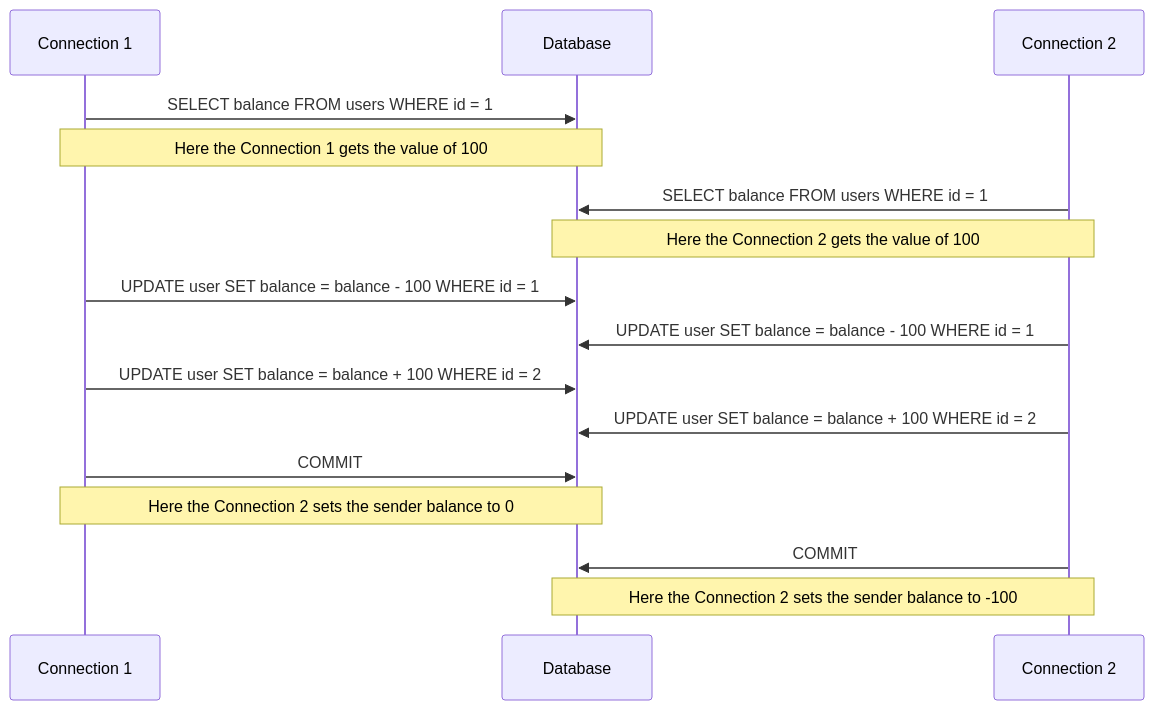
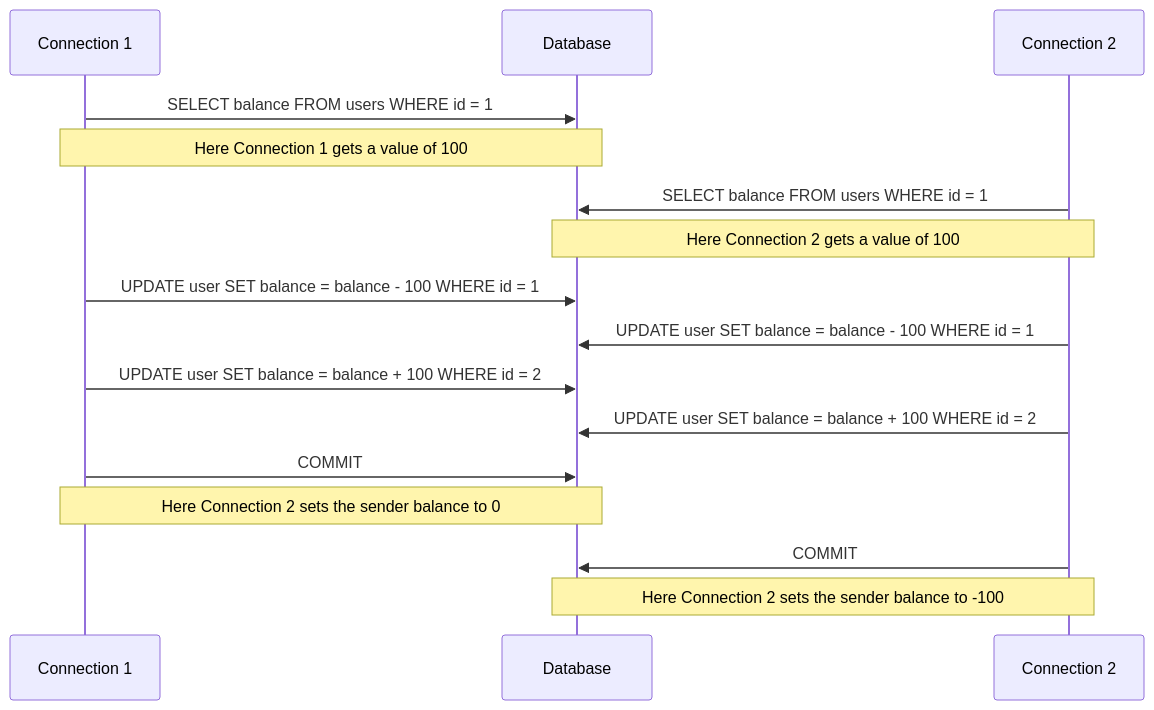
Before and after one commit to BRonen/BRonen: the diagram in src/content/article/thinking_about_database_anomalies.md, drawn with Mermaid. The commit also changed other lines of this file, not shown here.

```diff
--- a/src/content/article/thinking_about_database_anomalies.md
+++ b/src/content/article/thinking_about_database_anomalies.md
@@ -63,18 +63,18 @@
 <pre class="mermaid">
     sequenceDiagram
     participant C1 as Connection 1
     participant DB as Database
     participant C2 as Connection 2
     C1->>DB: SELECT balance FROM users WHERE id = 1;
-    Note over C1,DB: Here the Connection 1 gets the value of 100
+    Note over C1, DB: Here Connection 1 gets a value of 100
     C2->>DB: SELECT balance FROM users WHERE id = 1;
-    Note over C2,DB: Here the Connection 2 gets the value of 100
+    Note over C2, DB: Here Connection 2 gets a value of 100
     C1->>DB: UPDATE user SET balance = balance - 100 WHERE id = 1;
     C2->>DB: UPDATE user SET balance = balance - 100 WHERE id = 1;
     C1->>DB: UPDATE user SET balance = balance + 100 WHERE id = 2;
     C2->>DB: UPDATE user SET balance = balance + 100 WHERE id = 2;
     C1->>DB: COMMIT;
-    Note over C1,DB: Here the Connection 2 sets the sender balance to 0
+    Note over C1, DB: Here Connection 2 sets the sender balance to 0
     C2->>DB: COMMIT;
-    Note over C2,DB: Here the Connection 2 sets the sender balance to -100
+    Note over C2, DB: Here Connection 2 sets the sender balance to -100
 </pre>
```
